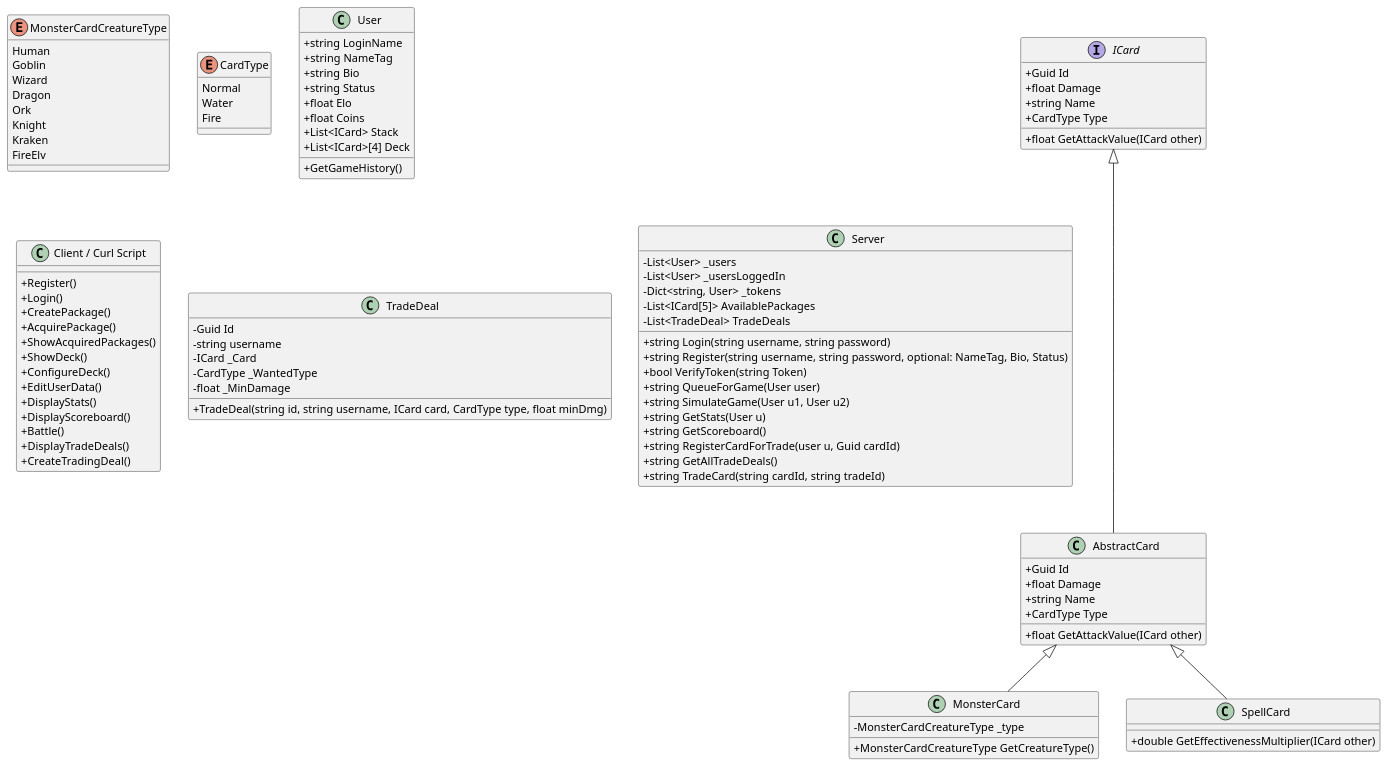
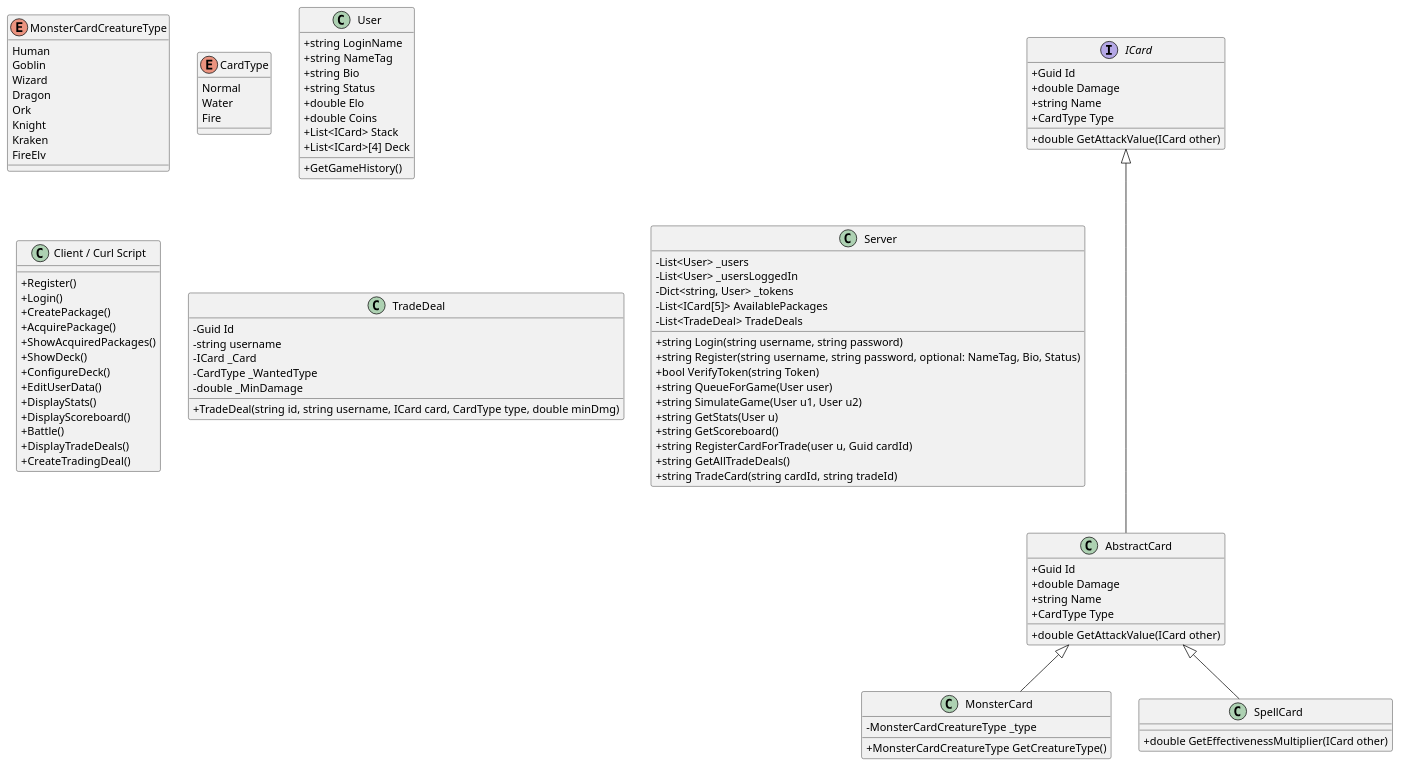
The diagram in mtcg_class_diagram.puml (cellularegg/swe-mtcg), drawn with PlantUML before and after one commit. The commit also changed 1 other file, not shown here.

Commit message:
Updated Class Diagram

```diff
--- a/mtcg_class_diagram.puml
+++ b/mtcg_class_diagram.puml
@@ -1,105 +1,105 @@
 @startuml
 skinparam classAttributeIconSize 0
 
 Interface ICard{
  +Guid Id
- +float Damage
+ +double Damage
  +string Name
  +CardType Type
- +float GetAttackValue(ICard other)
+ +double GetAttackValue(ICard other)
 }
 
 class AbstractCard{
  +Guid Id
- +float Damage
+ +double Damage
  +string Name
  +CardType Type
- +float GetAttackValue(ICard other)
+ +double GetAttackValue(ICard other)
 }
 ICard <|--- AbstractCard
 
 class MonsterCard{
  -MonsterCardCreatureType _type
  +MonsterCardCreatureType GetCreatureType()
 }
 enum MonsterCardCreatureType{
  Human
  Goblin
  Wizard
  Dragon
  Ork
  Knight
  Kraken
  FireElv
 }
 
 class SpellCard{
  +double GetEffectivenessMultiplier(ICard other)
 }
 enum CardType{
  Normal
  Water
  Fire
 }
 AbstractCard <|-- MonsterCard
 AbstractCard <|-- SpellCard
 
 class User{
  +string LoginName
  +string NameTag
  +string Bio
  +string Status
- +float Elo
- +float Coins
+ +double Elo
+ +double Coins
  +List<ICard> Stack
  +GetGameHistory()
  +List<ICard>[4] Deck
 }
 
 
 class "Client / Curl Script"{
  +Register()
  +Login()
  +CreatePackage()
  +AcquirePackage()
  +ShowAcquiredPackages()
  +ShowDeck()
  +ConfigureDeck()
  +EditUserData()
  +DisplayStats()
  +DisplayScoreboard()
  +Battle()
  +DisplayTradeDeals()
  +CreateTradingDeal() 
 }
 
 
 class TradeDeal {
  -Guid Id
  -string username
  -ICard _Card
  -CardType _WantedType
- -float _MinDamage
- +TradeDeal(string id, string username, ICard card, CardType type, float minDmg)
+ -double _MinDamage
+ +TradeDeal(string id, string username, ICard card, CardType type, double minDmg)
 }
 
 class Server{
  -List<User> _users
  -List<User> _usersLoggedIn
  -Dict<string, User> _tokens
  -List<ICard[5]> AvailablePackages
  -List<TradeDeal> TradeDeals
  +string Login(string username, string password)
  +string Register(string username, string password, optional: NameTag, Bio, Status)
  +bool VerifyToken(string Token)
  +string QueueForGame(User user)
  +string SimulateGame(User u1, User u2)
  +string GetStats(User u)
  +string GetScoreboard()
  +string RegisterCardForTrade(user u, Guid cardId)
  +string GetAllTradeDeals()
  +string TradeCard(string cardId, string tradeId)
  
 }
 
 @enduml
```
